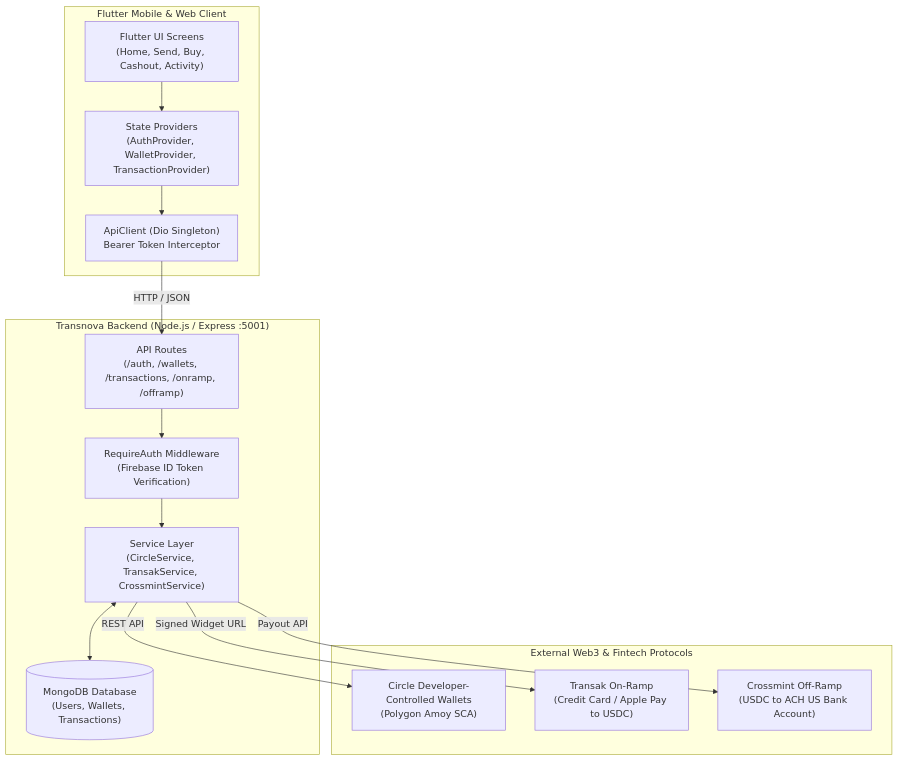
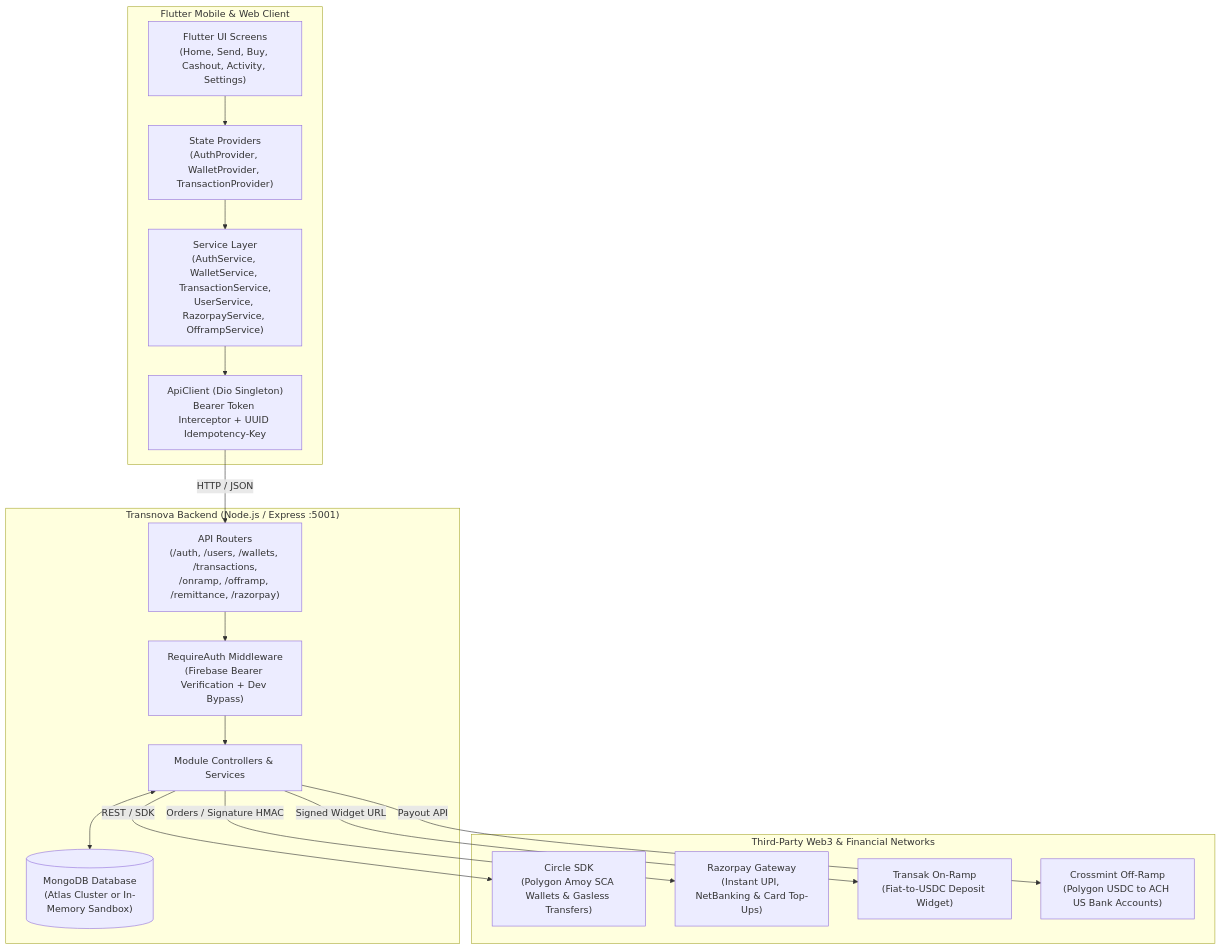
Before and after one commit to swappy-2003/Transnova-frontend-: the diagram in README.md, drawn with Mermaid. The commit also changed other lines of this file, not shown here.

Commit message:
docs: update README with full API checklist, idempotency, in-memory sandbox and recipient resolution

````diff
--- a/README.md
+++ b/README.md
@@ -40,32 +55,37 @@
 ```mermaid
 flowchart TD
     subgraph Client["Flutter Mobile & Web Client"]
-        UI["Flutter UI Screens\n(Home, Send, Buy, Cashout, Activity)"]
+        UI["Flutter UI Screens\n(Home, Send, Buy, Cashout, Activity, Settings)"]
         Providers["State Providers\n(AuthProvider, WalletProvider, TransactionProvider)"]
-        DioClient["ApiClient (Dio Singleton)\nBearer Token Interceptor"]
+        Services["Service Layer\n(AuthService, WalletService, TransactionService,\nUserService, RazorpayService, OfframpService)"]
+        DioClient["ApiClient (Dio Singleton)\nBearer Token Interceptor + UUID Idempotency-Key"]
+        
         UI --> Providers
-        Providers --> DioClient
+        Providers --> Services
+        Services --> DioClient
     end
 
     subgraph Backend["Transnova Backend (Node.js / Express :5001)"]
-        Routes["API Routes\n(/auth, /wallets, /transactions, /onramp, /offramp)"]
-        AuthMiddleware["RequireAuth Middleware\n(Firebase ID Token Verification)"]
-        Services["Service Layer\n(CircleService, TransakService, CrossmintService)"]
-        MongoDB[("MongoDB Database\n(Users, Wallets, Transactions)")]
+        Routes["API Routers\n(/auth, /users, /wallets, /transactions,\n/onramp, /offramp, /remittance, /razorpay)"]
+        AuthMiddleware["RequireAuth Middleware\n(Firebase Bearer Verification + Dev Bypass)"]
+        Controllers["Module Controllers & Services"]
+        MongoDB[("MongoDB Database\n(Atlas Cluster or In-Memory Sandbox)")]
         
         DioClient -->|HTTP / JSON| Routes
         Routes --> AuthMiddleware
-        AuthMiddleware --> Services
-        Services <--> MongoDB
+        AuthMiddleware --> Controllers
+        Controllers <--> MongoDB
     end
 
-    subgraph ThirdParty["External Web3 & Fintech Protocols"]
-        Circle["Circle Developer-Controlled Wallets\n(Polygon Amoy SCA)"]
-        Transak["Transak On-Ramp\n(Credit Card / Apple Pay to USDC)"]
-        Crossmint["Crossmint Off-Ramp\n(USDC to ACH US Bank Account)"]
+    subgraph Web3Fintech["Third-Party Web3 & Financial Networks"]
+        Circle["Circle SDK\n(Polygon Amoy SCA Wallets & Gasless Transfers)"]
+        Razorpay["Razorpay Gateway\n(Instant UPI, NetBanking & Card Top-Ups)"]
+        Transak["Transak On-Ramp\n(Fiat-to-USDC Deposit Widget)"]
+        Crossmint["Crossmint Off-Ramp\n(Polygon USDC to ACH US Bank Accounts)"]
         
-        Services -->|REST API| Circle
-        Services -->|Signed Widget URL| Transak
-        Services -->|Payout API| Crossmint
+        Controllers -->|REST / SDK| Circle
+        Controllers -->|Orders / Signature HMAC| Razorpay
+        Controllers -->|Signed Widget URL| Transak
+        Controllers -->|Payout API| Crossmint
     end
 ```
````
